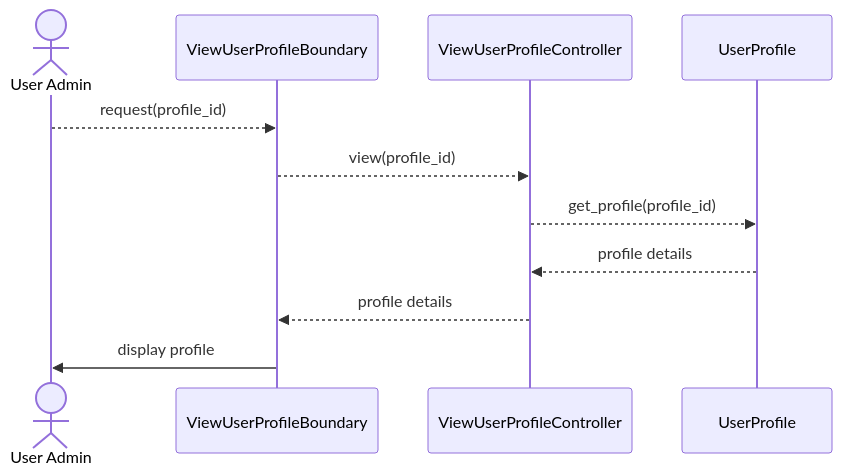
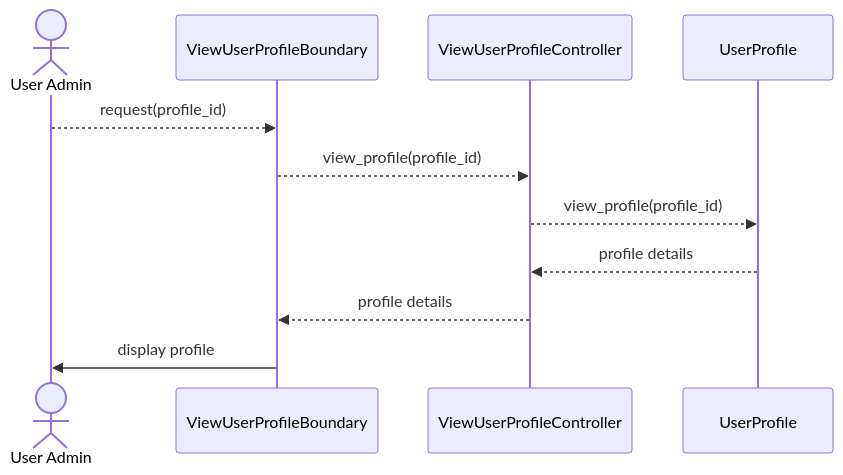
The second of 2 diagrams in diagrams/US02_View_User_Profile/README.md (boyinapuddle/CSIT314-Chinese), drawn with Mermaid before and after one commit. The commit also changed other lines of this file and 140 other files, not shown here.

````diff
--- a/diagrams/US02_View_User_Profile/README.md
+++ b/diagrams/US02_View_User_Profile/README.md
@@ -20,13 +20,13 @@
 ```mermaid
 sequenceDiagram
     actor P0 as User Admin
     participant P1 as ViewUserProfileBoundary
     participant P2 as ViewUserProfileController
     participant P3 as UserProfile
     P0-->>P1: request(profile_id)
-    P1-->>P2: view(profile_id)
-    P2-->>P3: get_profile(profile_id)
+    P1-->>P2: view_profile(profile_id)
+    P2-->>P3: view_profile(profile_id)
     P3-->>P2: profile details
     P2-->>P1: profile details
     P1->>P0: display profile
 ```
````
